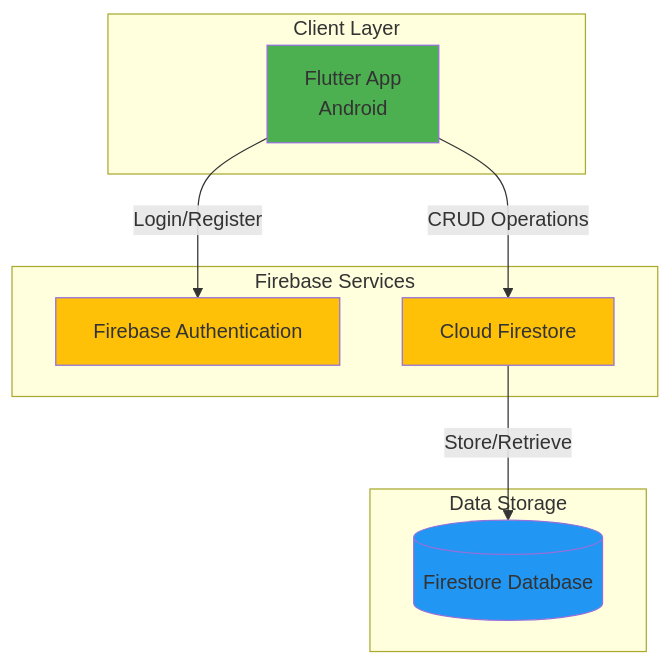
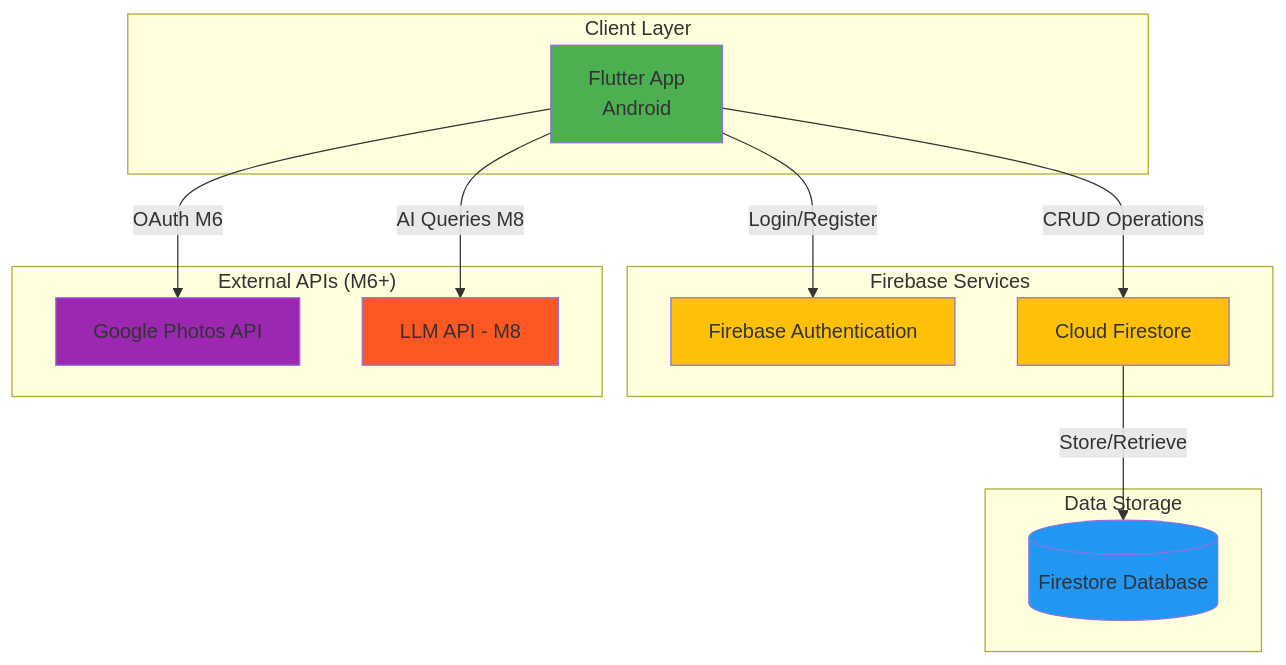
Before and after one commit to aleksanderginalski/Friendsheet-App: the first of 5 diagrams in docs/architecture.md, drawn with Mermaid. The commit also changed other lines of this file and 3 other files, not shown here.

````diff
--- a/docs/architecture.md
+++ b/docs/architecture.md
@@ -5,24 +5,33 @@
 ```mermaid
 graph TB
     subgraph "Client Layer"
         A[Flutter App<br/>Android]
     end
     
     subgraph "Firebase Services"
         B[Firebase Authentication]
         C[Cloud Firestore]
     end
     
+    subgraph "External APIs (M6+)"
+        E[Google Photos API]
+        F[LLM API - M8]
+    end
+    
     subgraph "Data Storage"
         D[(Firestore Database)]
     end
     
     A -->|Login/Register| B
     A -->|CRUD Operations| C
     C -->|Store/Retrieve| D
+    A -->|OAuth M6| E
+    A -->|AI Queries M8| F
     
     style A fill:#4CAF50
     style B fill:#FFC107
     style C fill:#FFC107
     style D fill:#2196F3
+    style E fill:#9C27B0
+    style F fill:#FF5722
 ```
````
